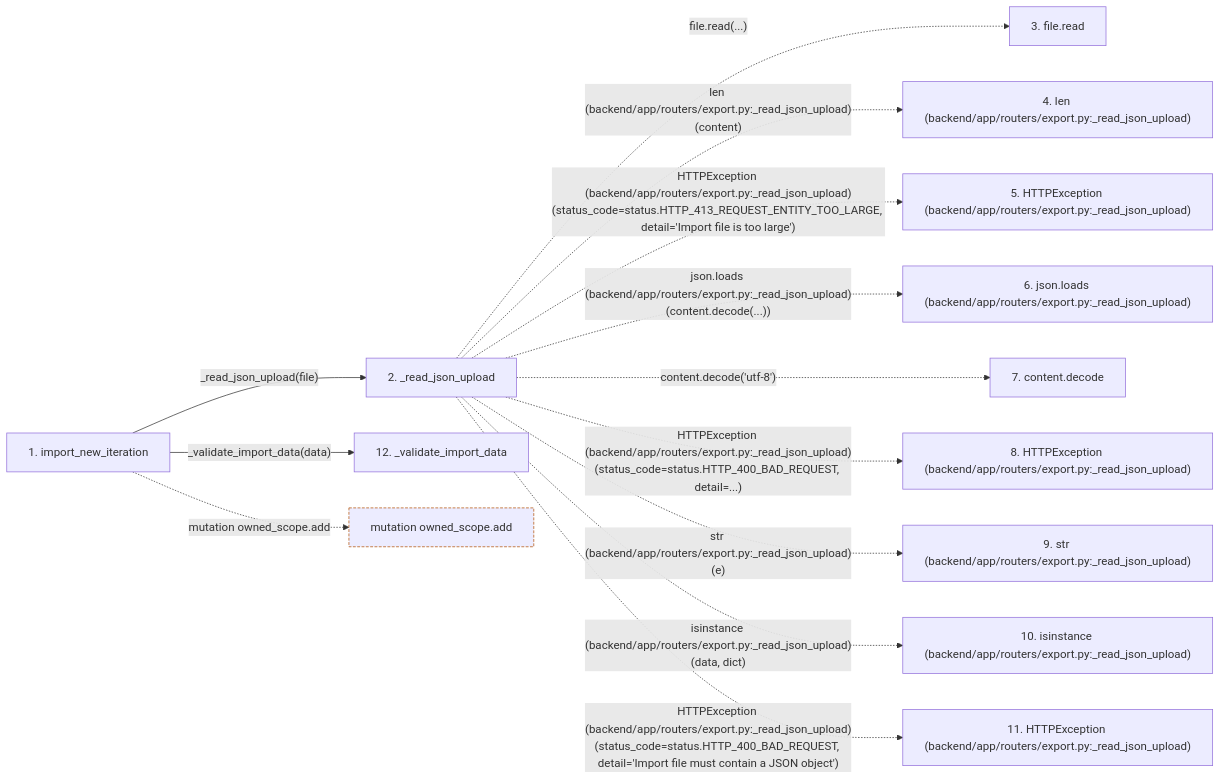
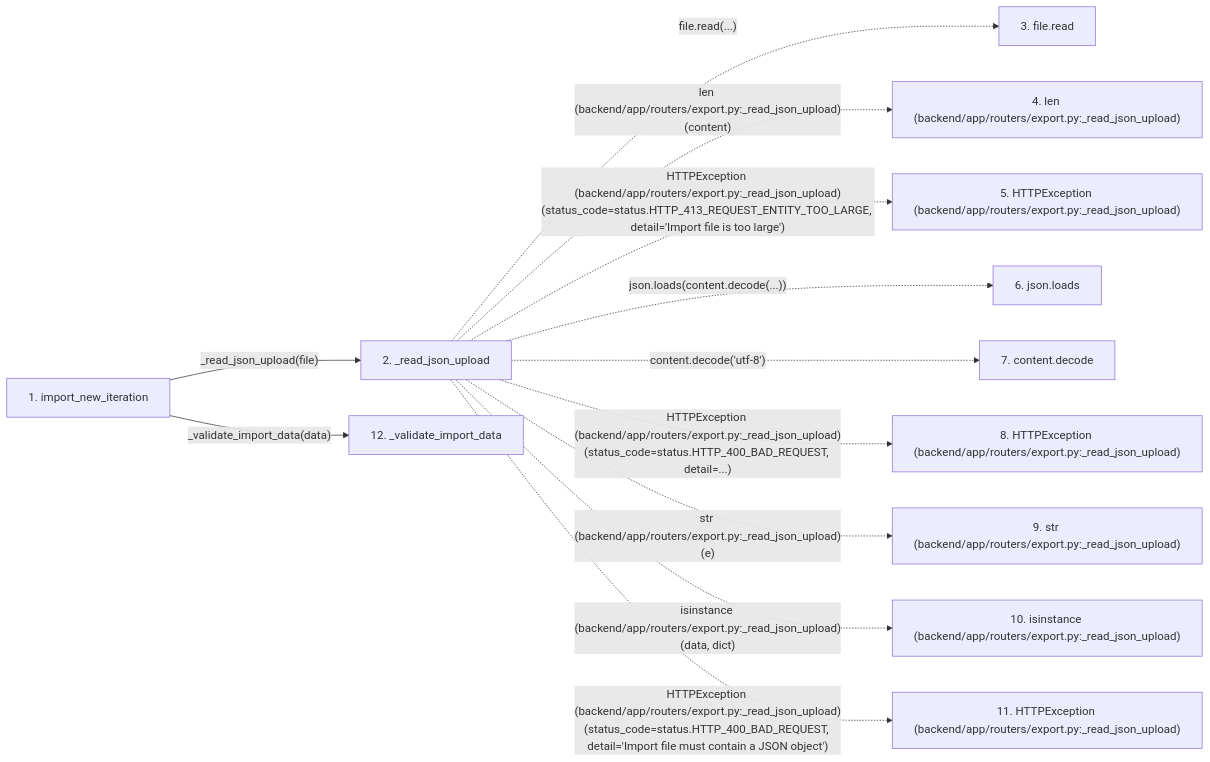
The second of 2 diagrams in docs/llm_wiki/flows/http-import_new_iteration.md (Denissvgn/WorkChord), drawn with Mermaid before and after one commit. The commit also changed other lines of this file and 791 other files, not shown here.

Commit message:
Sync the architectural wiki for the plan-import dry run

````diff
--- a/docs/llm_wiki/flows/http-import_new_iteration.md
+++ b/docs/llm_wiki/flows/http-import_new_iteration.md
@@ -169,33 +162,29 @@
 ```mermaid
 flowchart LR
     s1["1. import_new_iteration"]
     s2["2. _read_json_upload"]
     s3["3. file.read"]
     s4["4. len (backend/app/routers/export.py:_read_json_upload)"]
     s5["5. HTTPException (backend/app/routers/export.py:_read_json_upload)"]
-    s6["6. json.loads (backend/app/routers/export.py:_read_json_upload)"]
+    s6["6. json.loads"]
     s7["7. content.decode"]
     s8["8. HTTPException (backend/app/routers/export.py:_read_json_upload)"]
     s9["9. str (backend/app/routers/export.py:_read_json_upload)"]
     s10["10. isinstance (backend/app/routers/export.py:_read_json_upload)"]
     s11["11. HTTPException (backend/app/routers/export.py:_read_json_upload)"]
     s12["12. _validate_import_data"]
     s1 -->|"_read_json_upload(file)"| s2
     s2 -. "file.read(...)" .-> s3
     s2 -. "len (backend/app/routers/export.py:_read_json_upload)(content)" .-> s4
     s2 -. "HTTPException (backend/app/routers/export.py:_read_json_upload)(status_code=status.HTTP_413_REQUEST_ENTITY_TOO_LARGE, detail='Import file is too large')" .-> s5
-    s2 -. "json.loads (backend/app/routers/export.py:_read_json_upload)(content.decode(...))" .-> s6
+    s2 -. "json.loads(content.decode(...))" .-> s6
     s2 -. "content.decode('utf-8')" .-> s7
     s2 -. "HTTPException (backend/app/routers/export.py:_read_json_upload)(status_code=status.HTTP_400_BAD_REQUEST, detail=...)" .-> s8
     s2 -. "str (backend/app/routers/export.py:_read_json_upload)(e)" .-> s9
     s2 -. "isinstance (backend/app/routers/export.py:_read_json_upload)(data, dict)" .-> s10
     s2 -. "HTTPException (backend/app/routers/export.py:_read_json_upload)(status_code=status.HTTP_400_BAD_REQUEST, detail='Import file must contain a JSON object')" .-> s11
     s1 -->|"_validate_import_data(data)"| s12
-    b0["mutation owned_scope.add"]
-    s1 -. "mutation owned_scope.add" .-> b0
     click s1 "../modules/export.md"
     click s2 "../modules/export.md"
     click s12 "../modules/export.md"
-    classDef boundary stroke:#b45309,stroke-dasharray: 4 2
-    class b0 boundary
 ```
````
